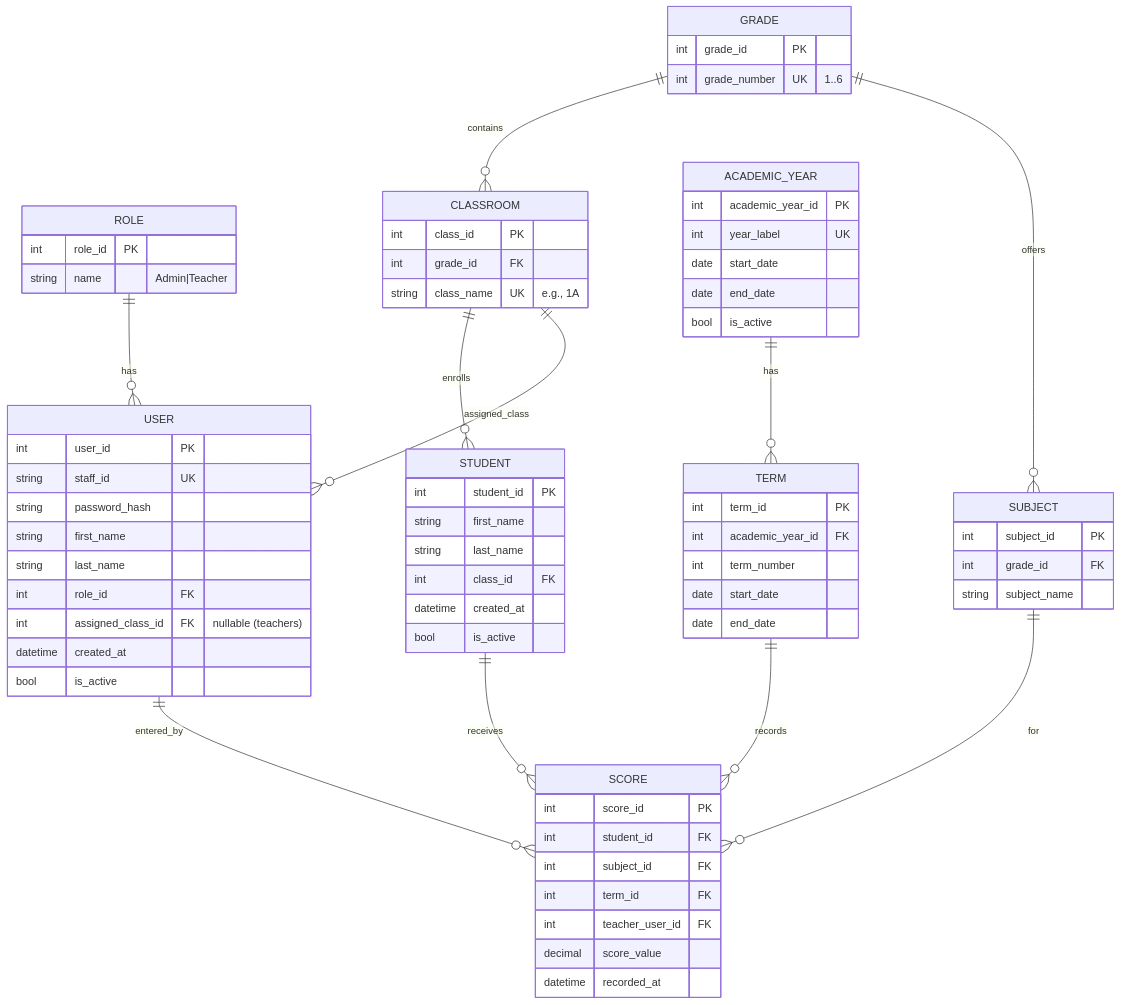
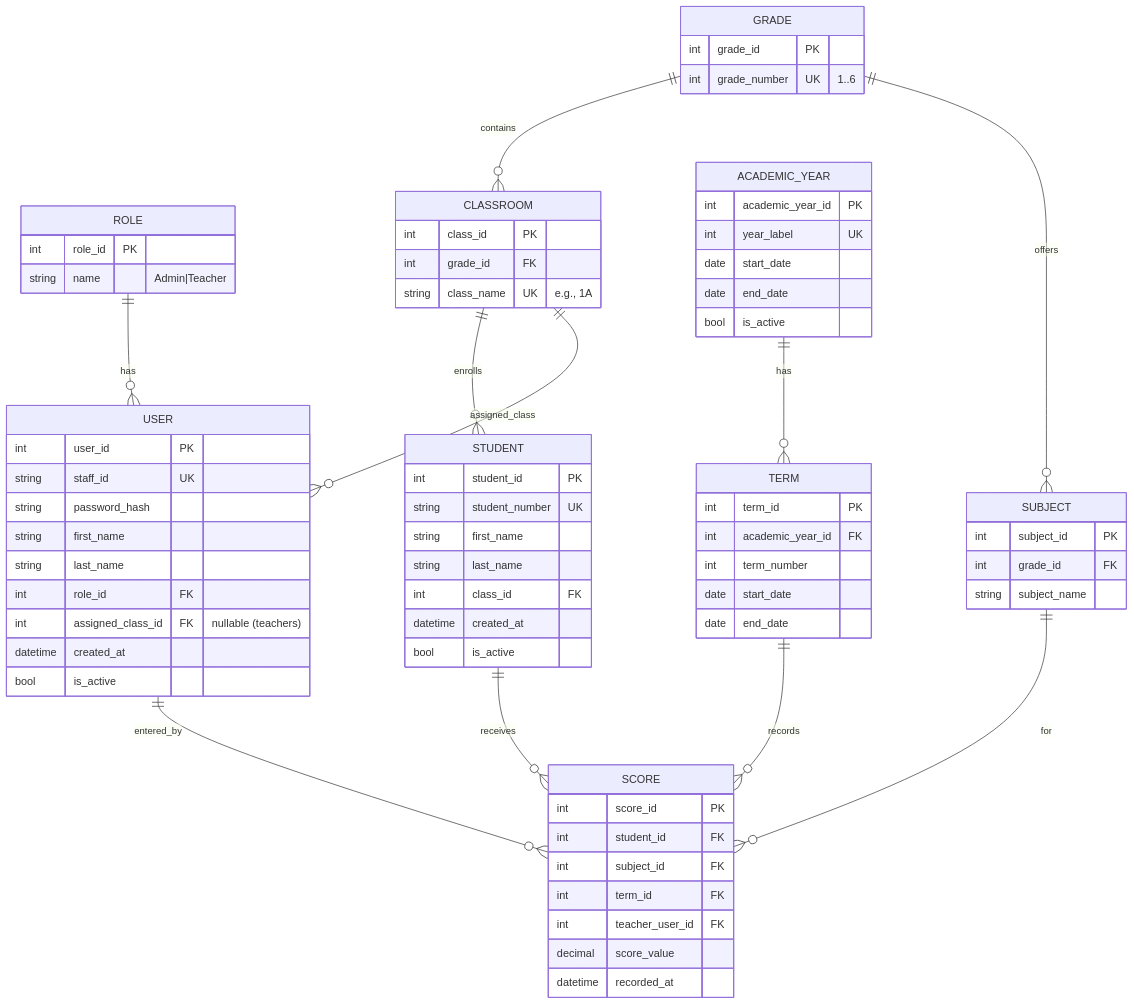
The diagram in Documentation/Schema.md (nickelcy/GradeManagement), drawn with Mermaid before and after one commit. The commit also changed 8 other files, not shown here.

```diff
--- a/Documentation/Schema.md
+++ b/Documentation/Schema.md
@@ -41,6 +41,7 @@
 
   STUDENT {
     int student_id PK
+    string student_number UK
     string first_name
     string last_name
     int class_id FK
```
